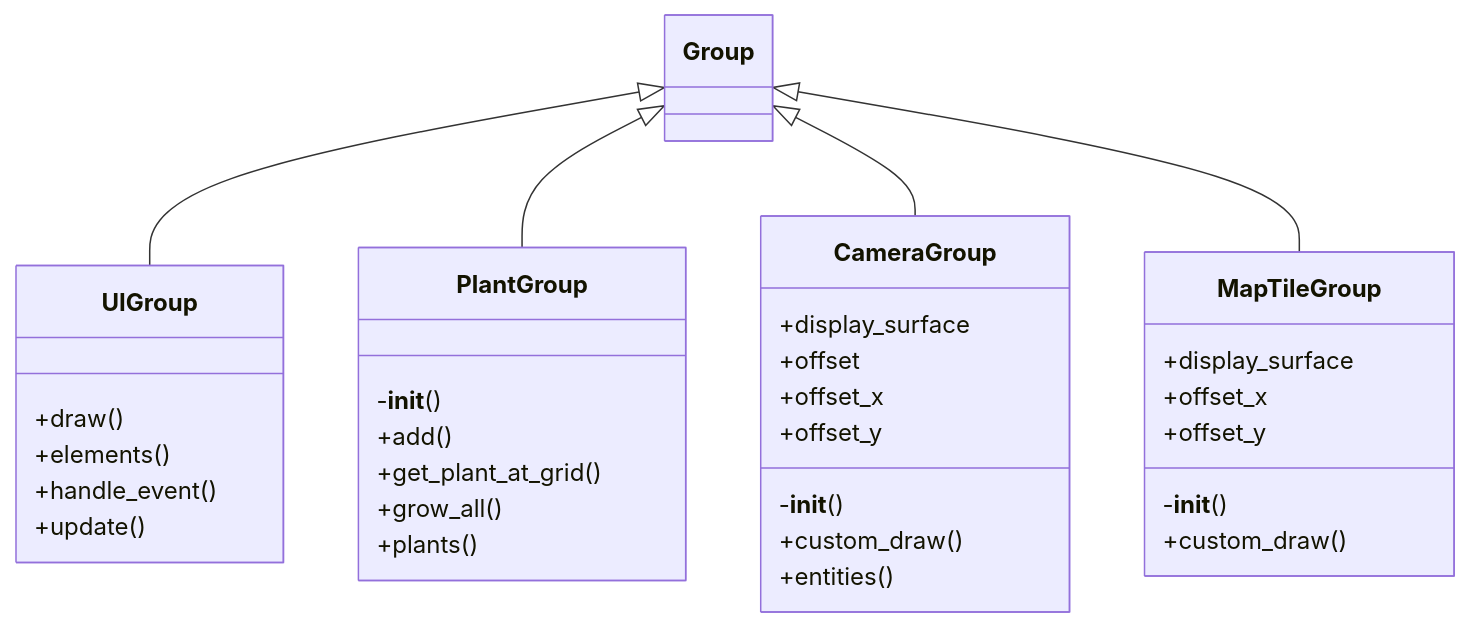
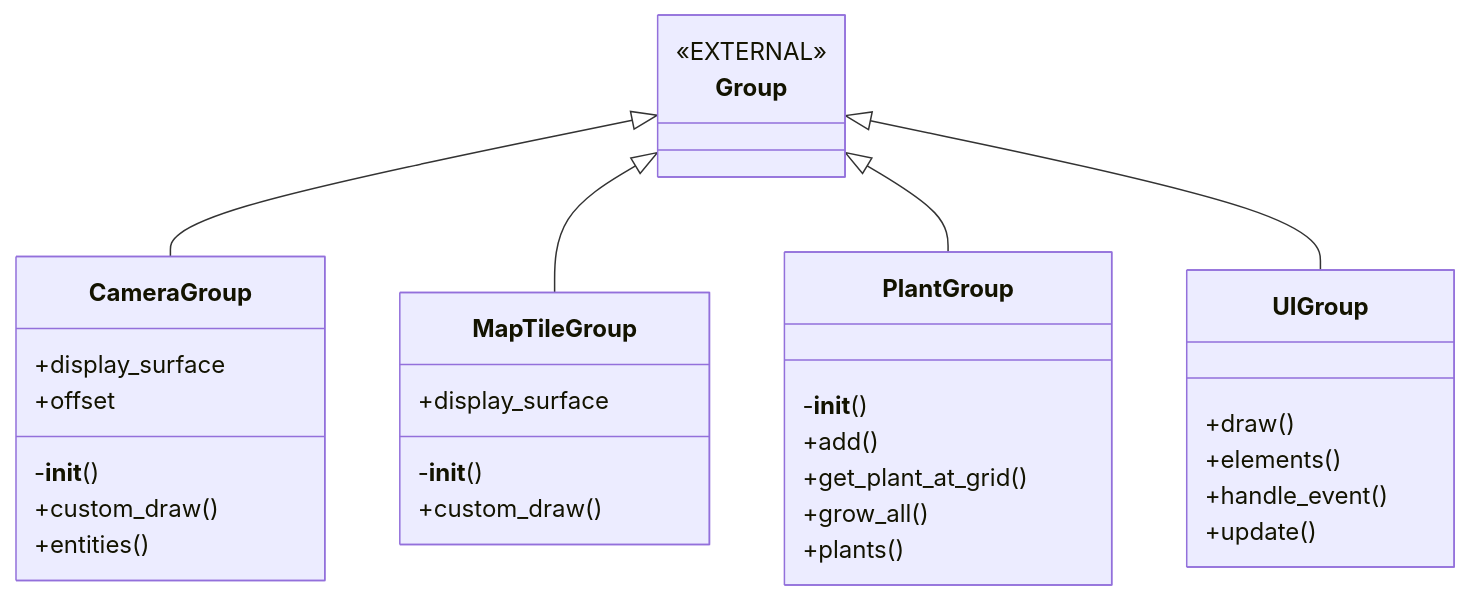
One commit to FlamboyantKiwi/Python-Plant-Sim changed the diagram in uml/groups_uml.md. Above: the diagram before and after it, drawn with Mermaid. The commit also changed 11 other files, not shown here.

First line of the commit message:
Make UML generation robust; update UML docs

````diff
--- a/uml/groups_uml.md
+++ b/uml/groups_uml.md
@@ -1,37 +1,35 @@
 ```mermaid
 classDiagram
-    Group <|-- UIGroup
-    Group <|-- PlantGroup
     Group <|-- CameraGroup
     Group <|-- MapTileGroup
-    class Group
-    class UIGroup {
-        +draw()
-        +elements()
-        +handle_event()
-        +update()
+    Group <|-- PlantGroup
+    Group <|-- UIGroup
+    class Group {
+        <<EXTERNAL>>
+    }
+    class CameraGroup {
+        +display_surface
+        +offset
+        -__init__()
+        +custom_draw()
+        +entities()
+    }
+    class MapTileGroup {
+        +display_surface
+        -__init__()
+        +custom_draw()
     }
     class PlantGroup {
         -__init__()
         +add()
         +get_plant_at_grid()
         +grow_all()
         +plants()
     }
-    class CameraGroup {
-        +display_surface
-        +offset
-        +offset_x
-        +offset_y
-        -__init__()
-        +custom_draw()
-        +entities()
-    }
-    class MapTileGroup {
-        +display_surface
-        +offset_x
-        +offset_y
-        -__init__()
-        +custom_draw()
+    class UIGroup {
+        +draw()
+        +elements()
+        +handle_event()
+        +update()
     }
 ```
````
